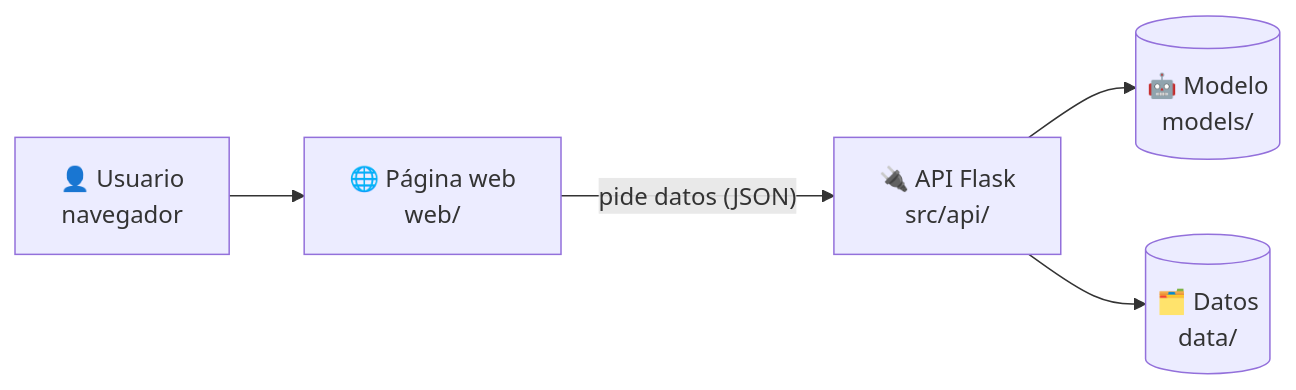
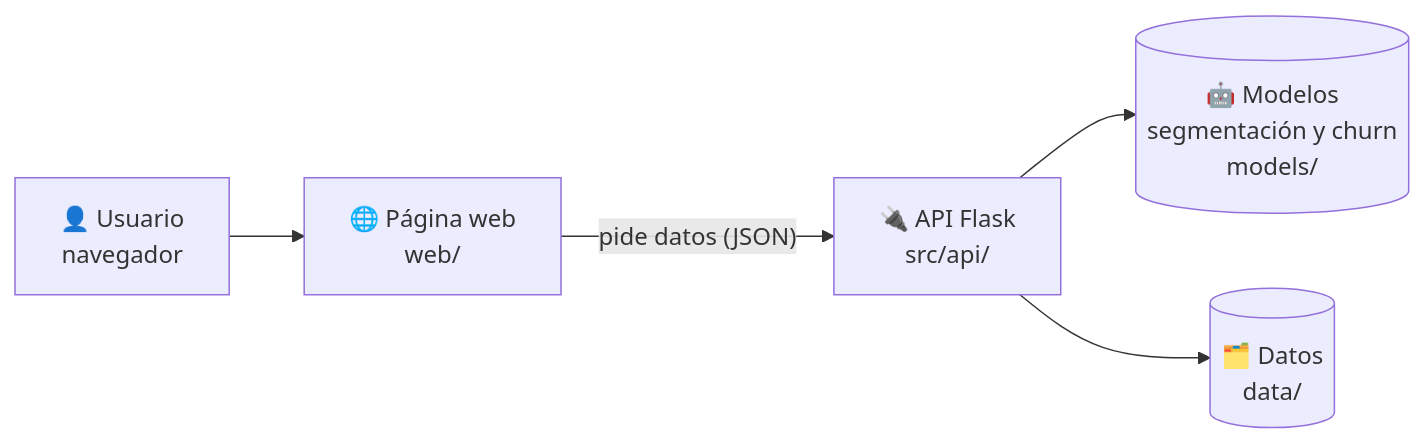
The diagram in docs/plan-api-web.md (HeymichaelRD/customer-churn-analysis), drawn with Mermaid before and after one commit. The commit also changed other lines of this file and 1 other file, not shown here.

Commit message:
docs: agrega la segmentación con K-Means antes del modelo de churn

````diff
--- a/docs/plan-api-web.md
+++ b/docs/plan-api-web.md
@@ -29,7 +32,7 @@
 ```mermaid
 flowchart LR
     U["👤 Usuario<br/>navegador"] --> WEB["🌐 Página web<br/>web/"]
     WEB -- "pide datos (JSON)" --> API["🔌 API Flask<br/>src/api/"]
-    API --> MODEL[("🤖 Modelo<br/>models/")]
+    API --> MODEL[("🤖 Modelos<br/>segmentación y churn<br/>models/")]
     API --> DATA[("🗂️ Datos<br/>data/")]
 ```
````
